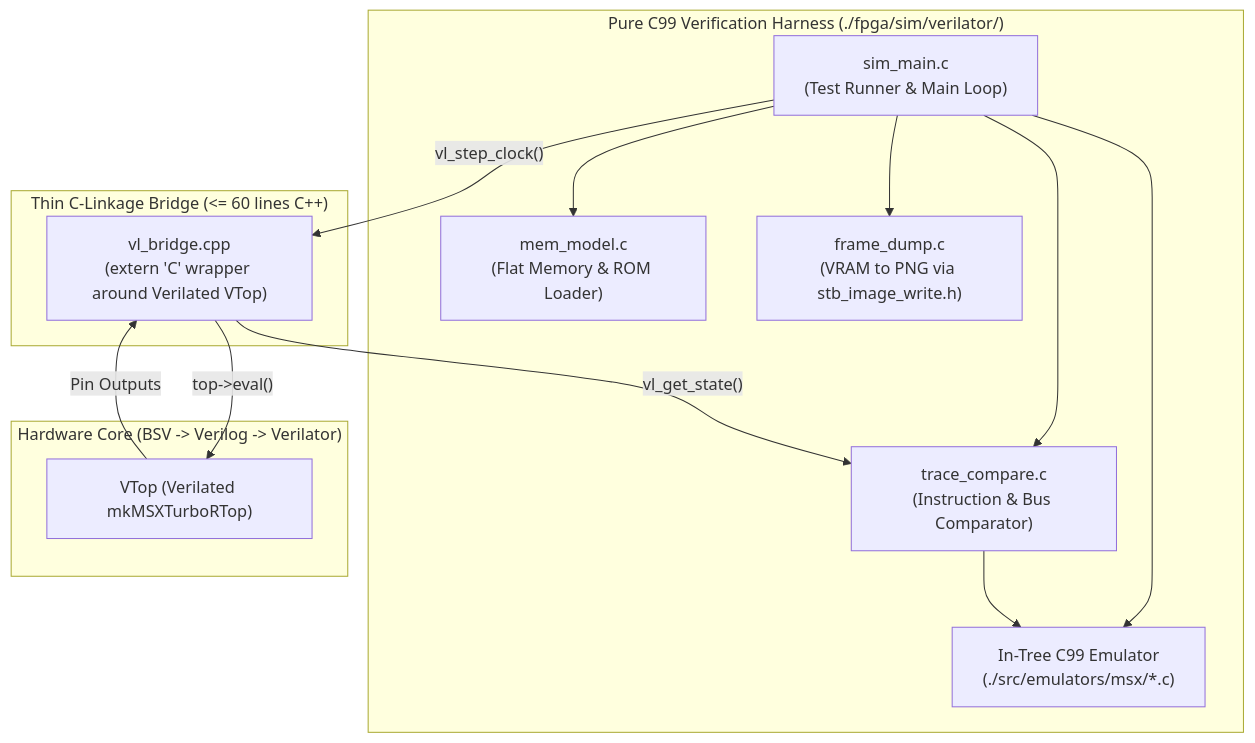
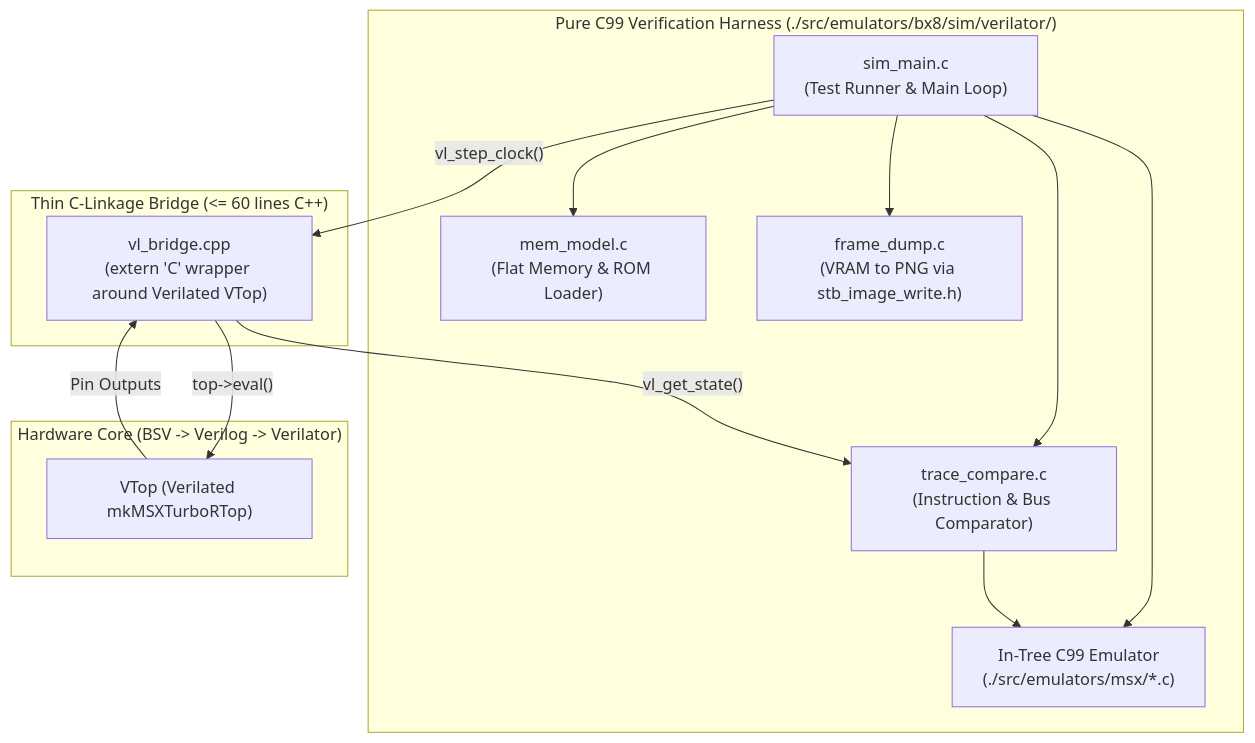
The first of 4 diagrams in doc/md/FPGA.md (msx-btron/btron), drawn with Mermaid before and after one commit. The commit also changed other lines of this file and 60 other files, not shown here.

````diff
--- a/doc/md/FPGA.md
+++ b/doc/md/FPGA.md
@@ -56,29 +56,29 @@
 ```mermaid
 flowchart TD
-    subgraph C99_Harness["Pure C99 Verification Harness (./fpga/sim/verilator/)"]
+    subgraph C99_Harness["Pure C99 Verification Harness (./src/emulators/bx8/sim/verilator/)"]
         MAIN["sim_main.c\n(Test Runner & Main Loop)"]
         MEM["mem_model.c\n(Flat Memory & ROM Loader)"]
         FRAME["frame_dump.c\n(VRAM to PNG via stb_image_write.h)"]
         TRACE["trace_compare.c\n(Instruction & Bus Comparator)"]
         REF["In-Tree C99 Emulator\n(./src/emulators/msx/*.c)"]
 
         MAIN --> MEM
         MAIN --> FRAME
         MAIN --> TRACE
         MAIN --> REF
         TRACE --> REF
     end
 
     subgraph ThinBridge["Thin C-Linkage Bridge (<= 60 lines C++)"]
         BRIDGE["vl_bridge.cpp\n(extern 'C' wrapper around Verilated VTop)"]
     end
 
     subgraph VerilatedCore["Hardware Core (BSV -> Verilog -> Verilator)"]
         DUT["VTop (Verilated mkMSXTurboRTop)"]
     end
 
     MAIN -->|"vl_step_clock()"| BRIDGE
     BRIDGE -->|"top->eval()"| DUT
     DUT -->|"Pin Outputs"| BRIDGE
     BRIDGE -->|"vl_get_state()"| TRACE
 ```
````
